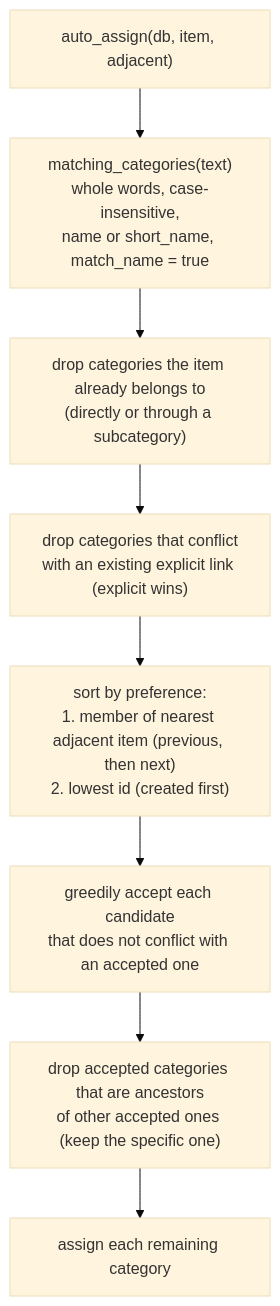
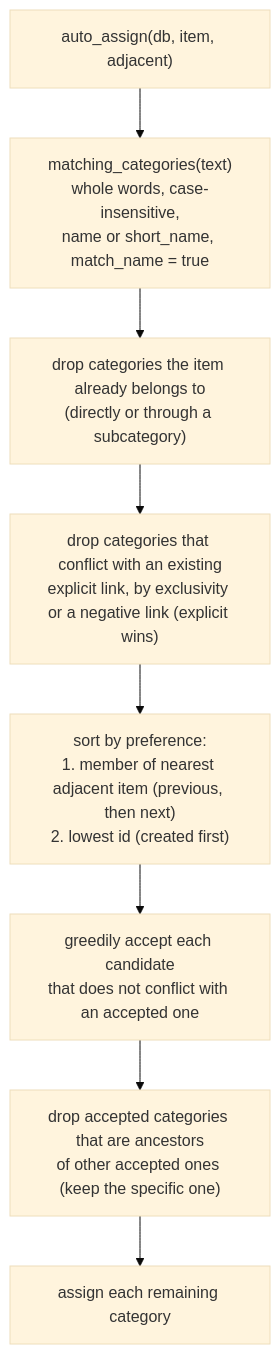
One commit to jamting/agendum changed the fourth of 7 diagrams in docs/DATA_ACCESS.md. Above: the diagram before and after it, drawn with Mermaid (base theme). The commit also changed other lines of this file and 12 other files, not shown here.

First line of the commit message:
Add general negative links between categories

````diff
--- a/docs/DATA_ACCESS.md
+++ b/docs/DATA_ACCESS.md
@@ -209,10 +211,10 @@
 ```mermaid
 flowchart TD
     A["auto_assign(db, item, adjacent)"] --> M["matching_categories(text)<br/>whole words, case-insensitive,<br/>name or short_name, match_name = true"]
     M --> F1["drop categories the item already belongs to<br/>(directly or through a subcategory)"]
-    F1 --> F2["drop categories that conflict<br/>with an existing explicit link (explicit wins)"]
+    F1 --> F2["drop categories that conflict with an existing<br/>explicit link, by exclusivity or a negative link (explicit wins)"]
     F2 --> S["sort by preference:<br/>1. member of nearest adjacent item (previous, then next)<br/>2. lowest id (created first)"]
     S --> G["greedily accept each candidate<br/>that does not conflict with an accepted one"]
     G --> SP["drop accepted categories that are ancestors<br/>of other accepted ones (keep the specific one)"]
     SP --> AS["assign each remaining category"]
 ```
````
